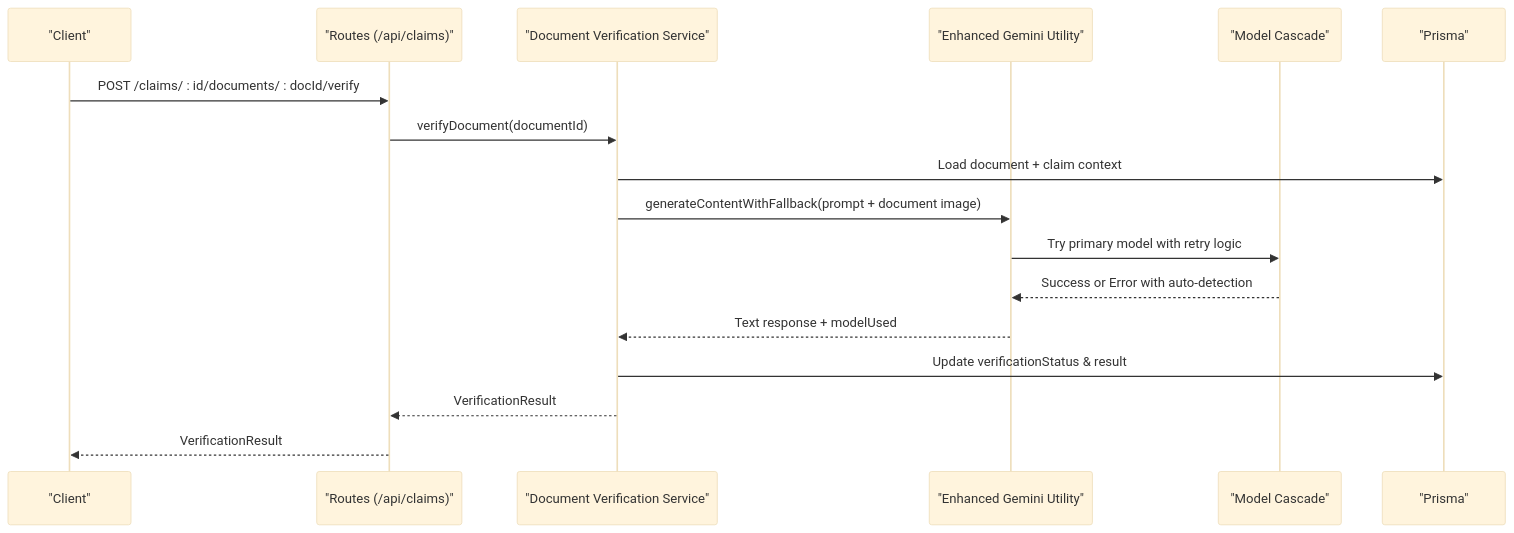
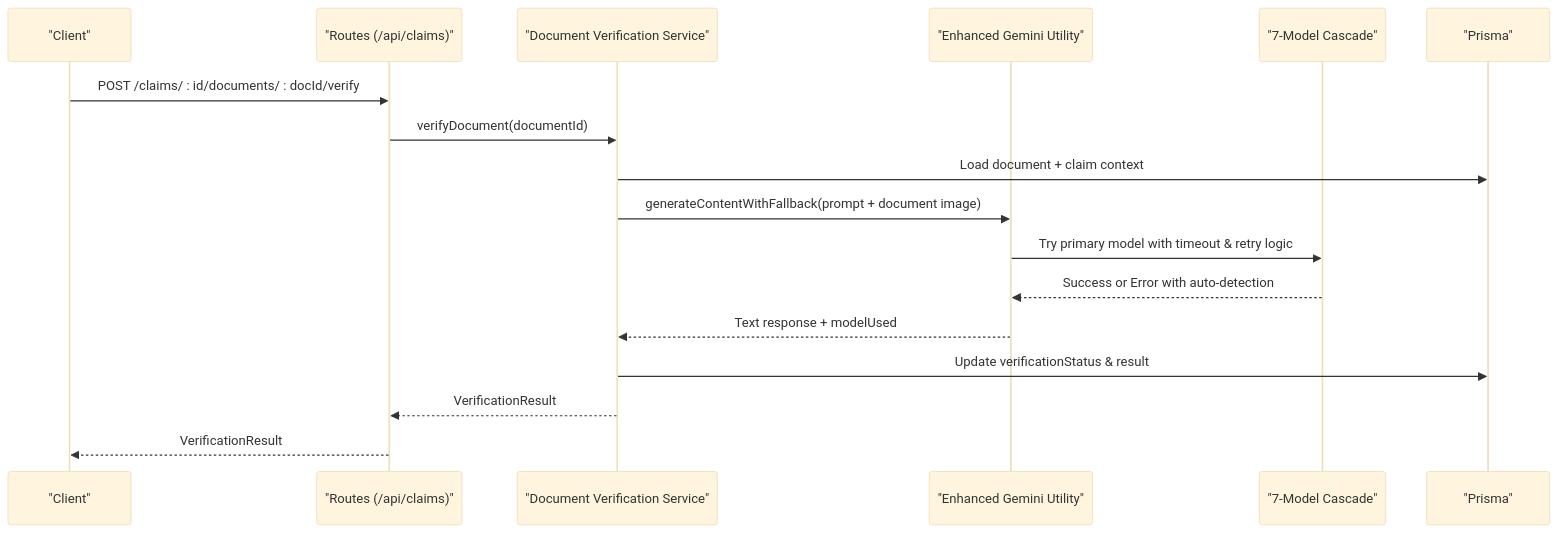
The third of 9 diagrams in .qoder/repowiki/en/content/AI Services Integration/AI Services Integration.md (NaveenHiranya/Smart-Vehicle-Insurance-Claim-System), drawn with Mermaid (base theme) before and after one commit. The commit also changed other lines of this file and 33 other files, not shown here.

````diff
--- a/.qoder/repowiki/en/content/AI Services Integration/AI Services Integration.md
+++ b/.qoder/repowiki/en/content/AI Services Integration/AI Services Integration.md
@@ -124,19 +128,19 @@
 ```mermaid
 sequenceDiagram
 participant C as "Client"
 participant R as "Routes (/api/claims)"
 participant V as "Document Verification Service"
 participant G as "Enhanced Gemini Utility"
-participant MC as "Model Cascade"
+participant MC as "7-Model Cascade"
 participant P as "Prisma"
 C->>R : POST /claims/ : id/documents/ : docId/verify
 R->>V : verifyDocument(documentId)
 V->>P : Load document + claim context
 V->>G : generateContentWithFallback(prompt + document image)
-G->>MC : Try primary model with retry logic
+G->>MC : Try primary model with timeout & retry logic
 MC-->>G : Success or Error with auto-detection
 G-->>V : Text response + modelUsed
 V->>P : Update verificationStatus & result
 V-->>R : VerificationResult
 R-->>C : VerificationResult
 ```
````
